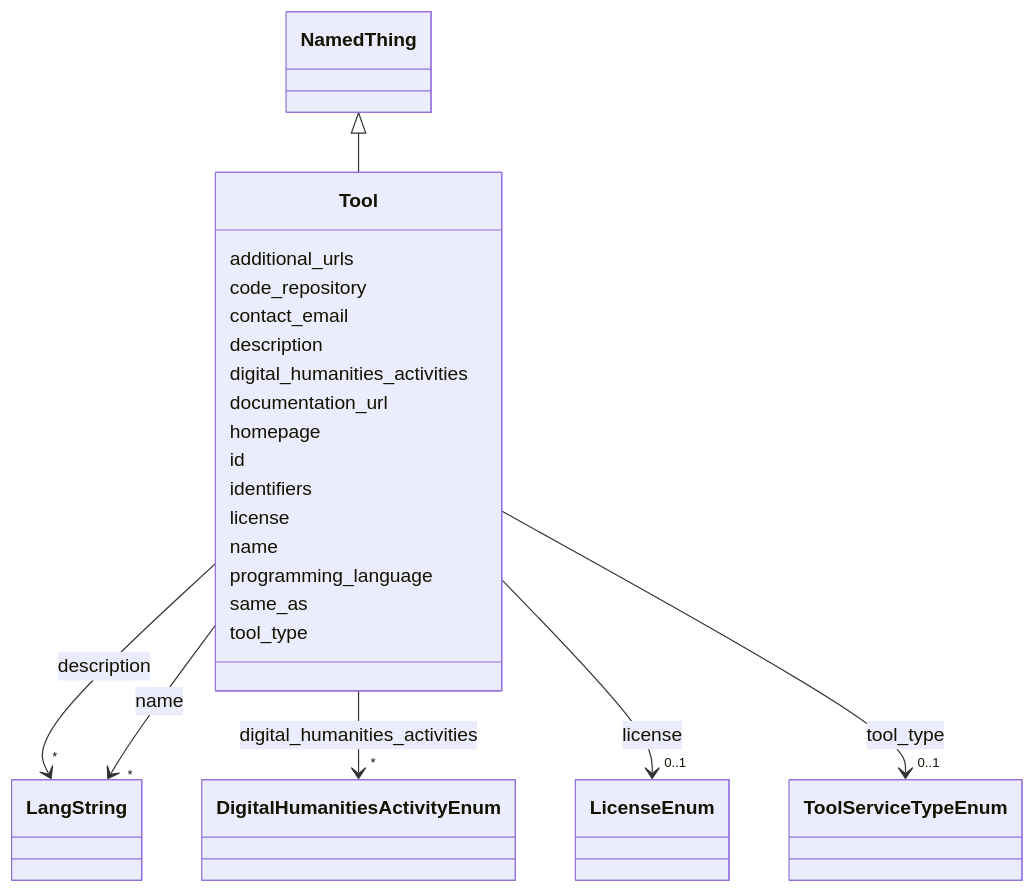
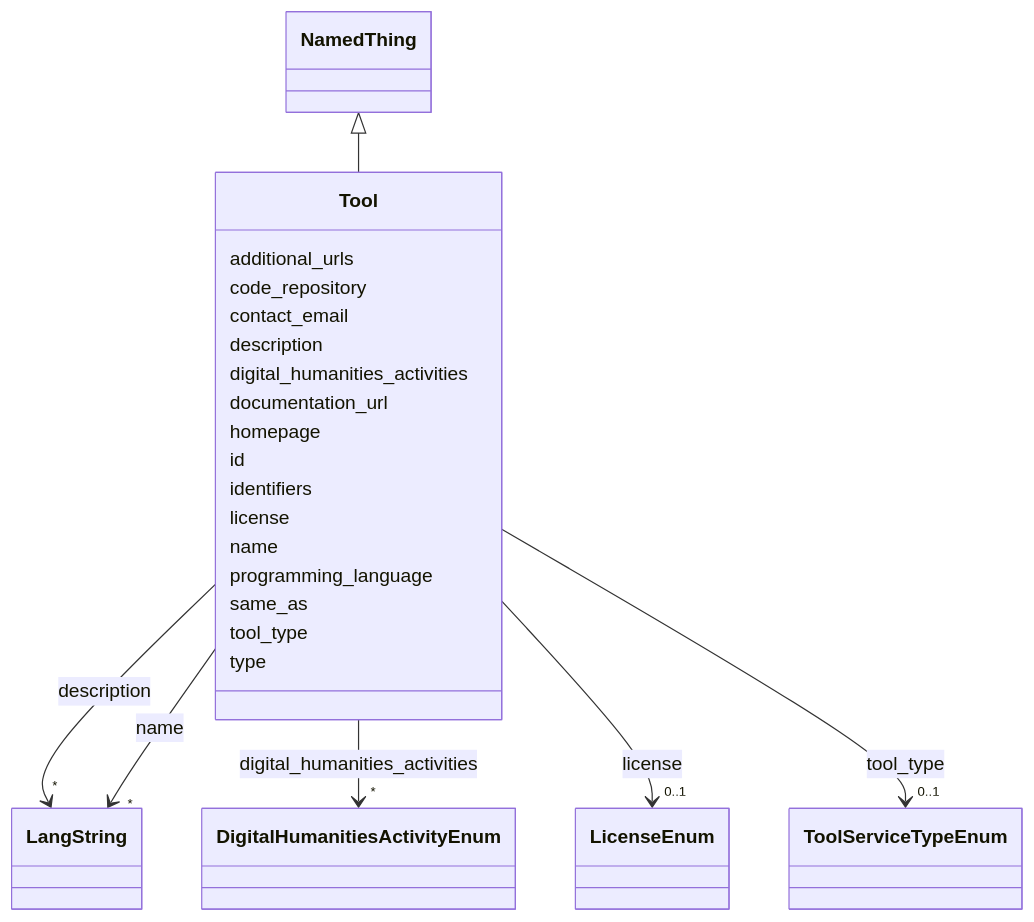
The diagram in docs/classes/Tool.md (DARIAH-IL/idhi-manifests), drawn with Mermaid before and after one commit. The commit also changed other lines of this file and 26 other files, not shown here.

````diff
--- a/docs/classes/Tool.md
+++ b/docs/classes/Tool.md
@@ -23,82 +23,84 @@
 ```mermaid
  classDiagram
     class Tool
     click Tool href "../../classes/Tool/"
       NamedThing <|-- Tool
         click NamedThing href "../../classes/NamedThing/"
       
       Tool : additional_urls
         
       Tool : code_repository
         
       Tool : contact_email
         
       Tool : description
         
           
     
         
         
         Tool --> "*" LangString : description
         click LangString href "../../classes/LangString/"
     
 
         
       Tool : digital_humanities_activities
         
           
     
         
         
         Tool --> "*" DigitalHumanitiesActivityEnum : digital_humanities_activities
         click DigitalHumanitiesActivityEnum href "../../enums/DigitalHumanitiesActivityEnum/"
     
 
         
       Tool : documentation_url
         
       Tool : homepage
         
       Tool : id
         
       Tool : identifiers
         
       Tool : license
         
           
     
         
         
         Tool --> "0..1" LicenseEnum : license
         click LicenseEnum href "../../enums/LicenseEnum/"
     
 
         
       Tool : name
         
           
     
         
         
         Tool --> "*" LangString : name
         click LangString href "../../classes/LangString/"
     
 
         
       Tool : programming_language
         
       Tool : same_as
         
       Tool : tool_type
         
           
     
         
         
         Tool --> "0..1" ToolServiceTypeEnum : tool_type
         click ToolServiceTypeEnum href "../../enums/ToolServiceTypeEnum/"
     
 
         
+      Tool : type
+        
       
 ```
````
